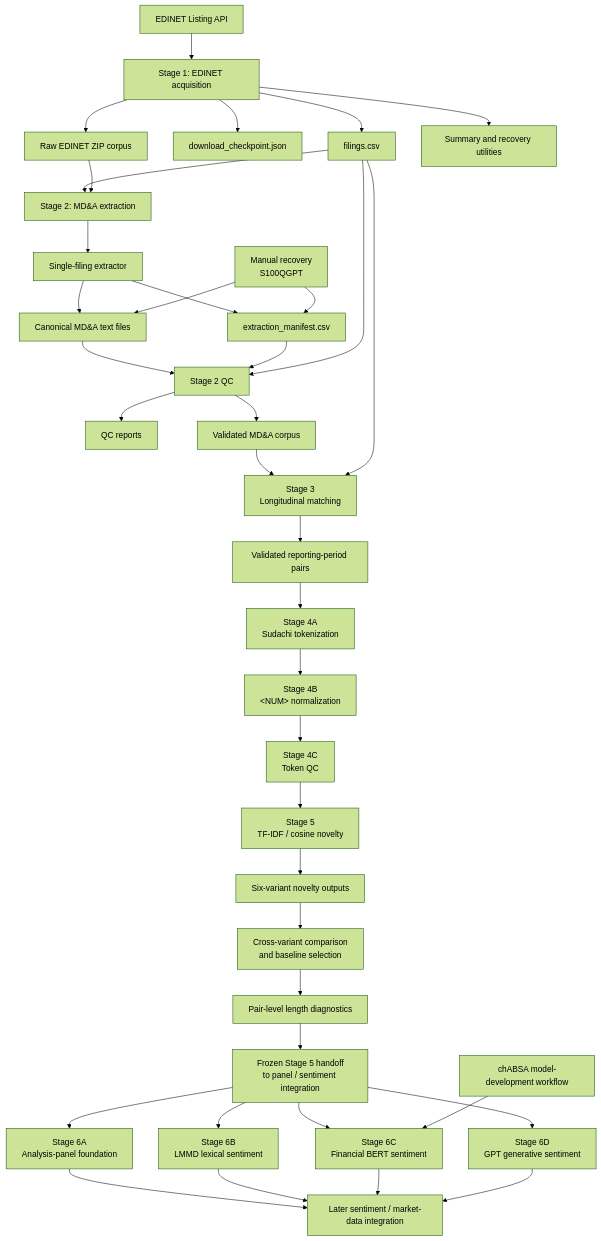
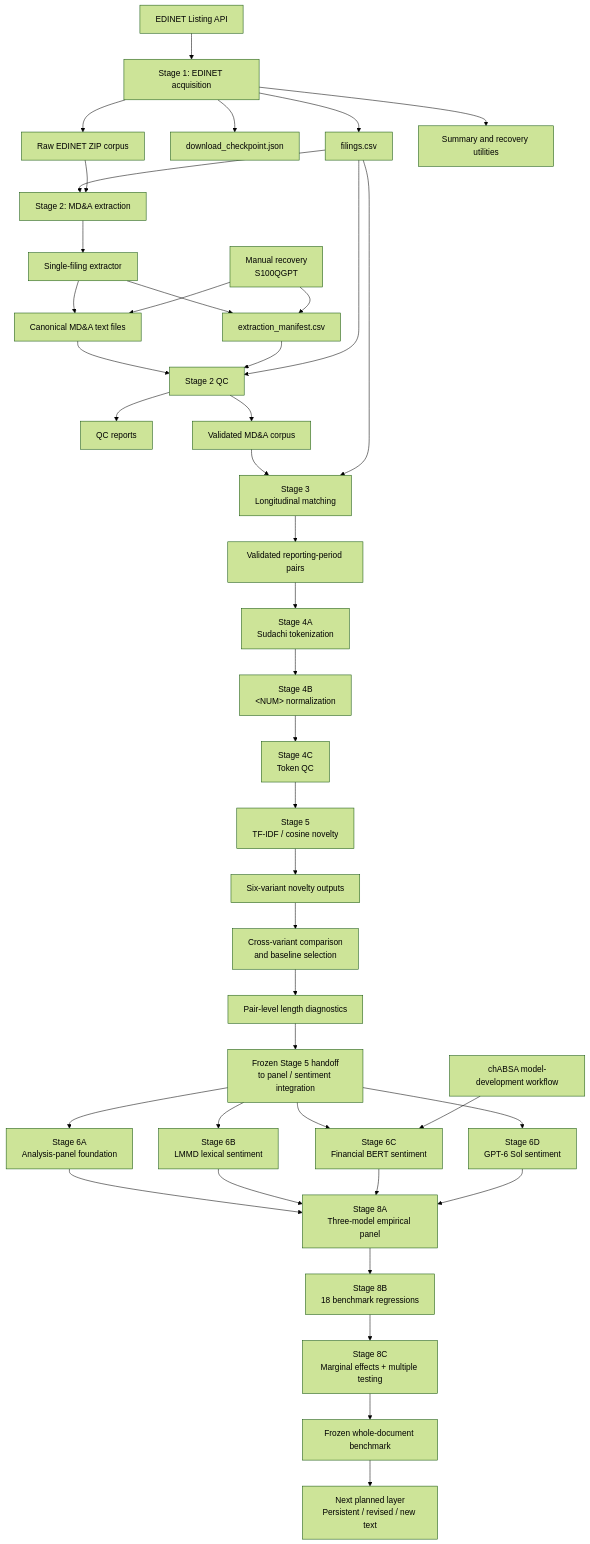
One commit to markblefevre/phd_research_pipeline changed the first of 6 diagrams in docs/paper2/pipeline_overview.md. Above: the diagram before and after it, drawn with Mermaid (forest theme). The commit also changed other lines of this file and 2 other files, not shown here.

Commit message:
Freeze Paper 2 full-document sentiment benchmark

````diff
--- a/docs/paper2/pipeline_overview.md
+++ b/docs/paper2/pipeline_overview.md
@@ -72,48 +59,52 @@
 ``` mermaid
 flowchart TD
 
     A[EDINET Listing API] --> B[Stage 1: EDINET acquisition]
 
     B --> C[filings.csv]
     B --> D[download_checkpoint.json]
     B --> E[Raw EDINET ZIP corpus]
     B --> F[Summary and recovery utilities]
 
     C --> G[Stage 2: MD&A extraction]
     E --> G
 
     G --> H[Single-filing extractor]
     H --> I[Canonical MD&A text files]
     H --> J[extraction_manifest.csv]
 
     I --> K[Stage 2 QC]
     J --> K
     C --> K
 
     K --> L[QC reports]
     K --> M[Validated MD&A corpus]
 
     N[Manual recovery<br/>S100QGPT] --> I
     N --> J
 
     M --> O[Stage 3<br/>Longitudinal matching]
     C --> O
     O --> P[Validated reporting-period pairs]
     P --> Q[Stage 4A<br/>Sudachi tokenization]
     Q --> R[Stage 4B<br/>&lt;NUM&gt; normalization]
     R --> S[Stage 4C<br/>Token QC]
     S --> T[Stage 5<br/>TF-IDF / cosine novelty]
     T --> U[Six-variant novelty outputs]
     U --> V[Cross-variant comparison<br/>and baseline selection]
     V --> W[Pair-level length diagnostics]
     W --> X[Frozen Stage 5 handoff<br/>to panel / sentiment integration]
     X --> Y[Stage 6A<br/>Analysis-panel foundation]
     X --> Z[Stage 6B<br/>LMMD lexical sentiment]
     X --> AA[Stage 6C<br/>Financial BERT sentiment]
     AB[chABSA model-development workflow] --> AA
-    X --> AD[Stage 6D<br/>GPT generative sentiment]
-    Y --> AC[Later sentiment / market-data integration]
-    Z --> AC
-    AA --> AC
-    AD --> AC
+    X --> AD[Stage 6D<br/>GPT-6 Sol sentiment]
+    Y --> AE[Stage 8A<br/>Three-model empirical panel]
+    Z --> AE
+    AA --> AE
+    AD --> AE
+    AE --> AF[Stage 8B<br/>18 benchmark regressions]
+    AF --> AG[Stage 8C<br/>Marginal effects + multiple testing]
+    AG --> AH[Frozen whole-document benchmark]
+    AH --> AI[Next planned layer<br/>Persistent / revised / new text]
 ```
````
